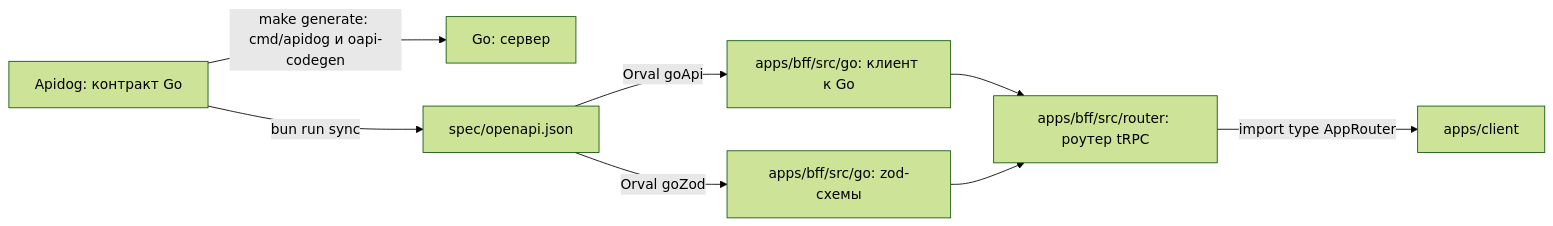
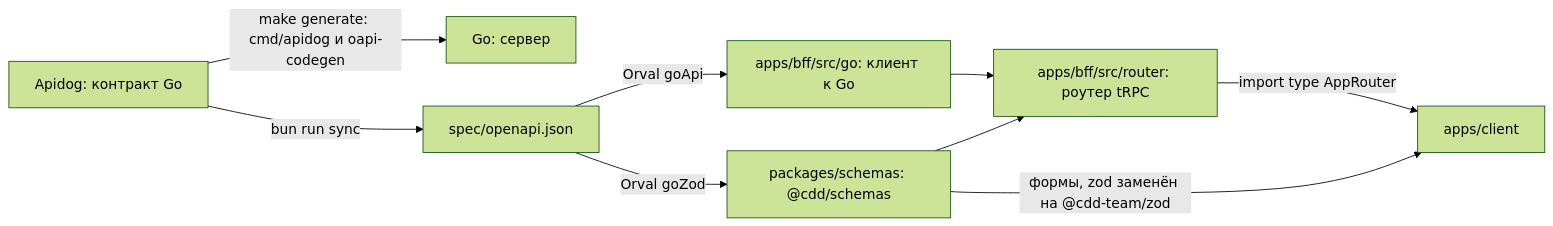
Before and after one commit to Cringe-Driven-Development-Team/docs: the diagram in site/modules/2/tracks/bff/contract.md, drawn with Mermaid (forest theme). The commit also changed other lines of this file and 4 other files, not shown here.

Commit message:
docs(modules): схема контракта на странице BFF, схемы Orval — пакет @cdd/schemas для BFF и форм

````diff
--- a/site/modules/2/tracks/bff/contract.md
+++ b/site/modules/2/tracks/bff/contract.md
@@ -13,10 +13,11 @@
 ```mermaid
 flowchart LR
     D["Apidog: контракт Go"] -->|"make generate: cmd/apidog и oapi-codegen"| G["Go: сервер"]
     D -->|"bun run sync"| S["spec/openapi.json"]
     S -->|"Orval goApi"| GA["apps/bff/src/go: клиент к Go"]
-    S -->|"Orval goZod"| GZ["apps/bff/src/go: zod-схемы"]
+    S -->|"Orval goZod"| GZ["packages/schemas: @cdd/schemas"]
     GA --> R["apps/bff/src/router: роутер tRPC"]
     GZ --> R
     R -->|"import type AppRouter"| C["apps/client"]
+    GZ -->|"формы, zod заменён на @cdd-team/zod"| C
 ```
````
